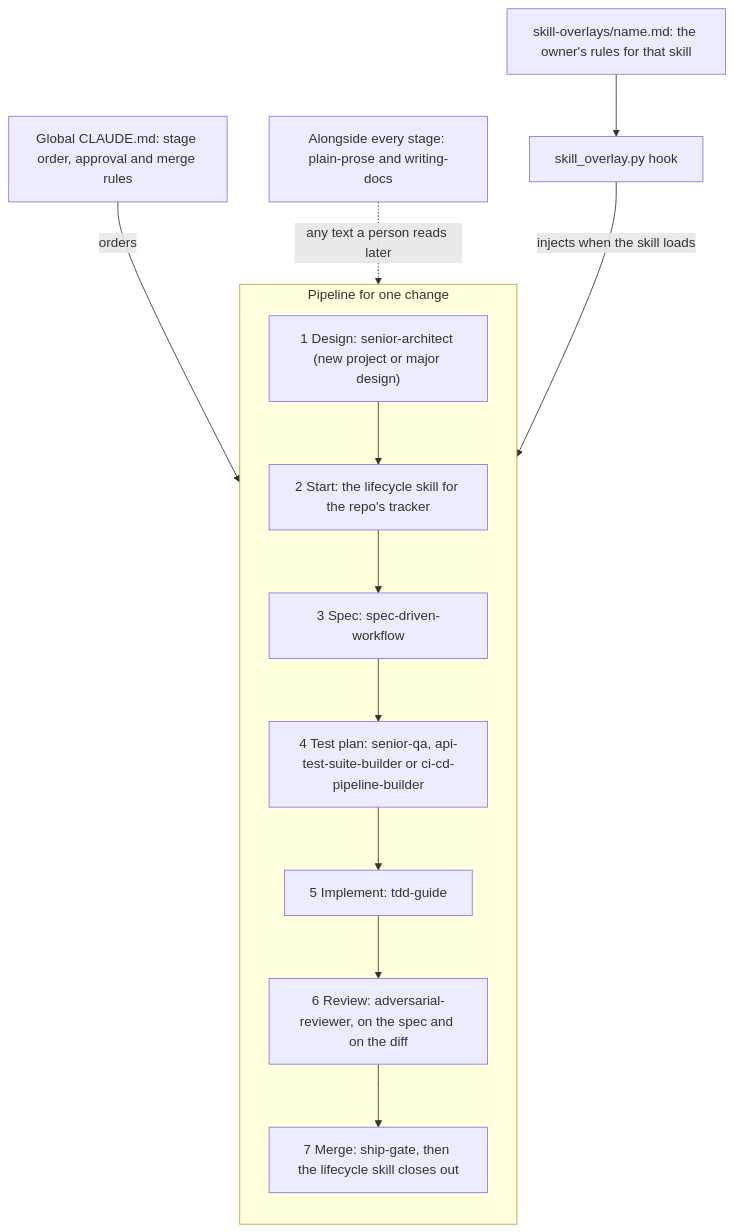
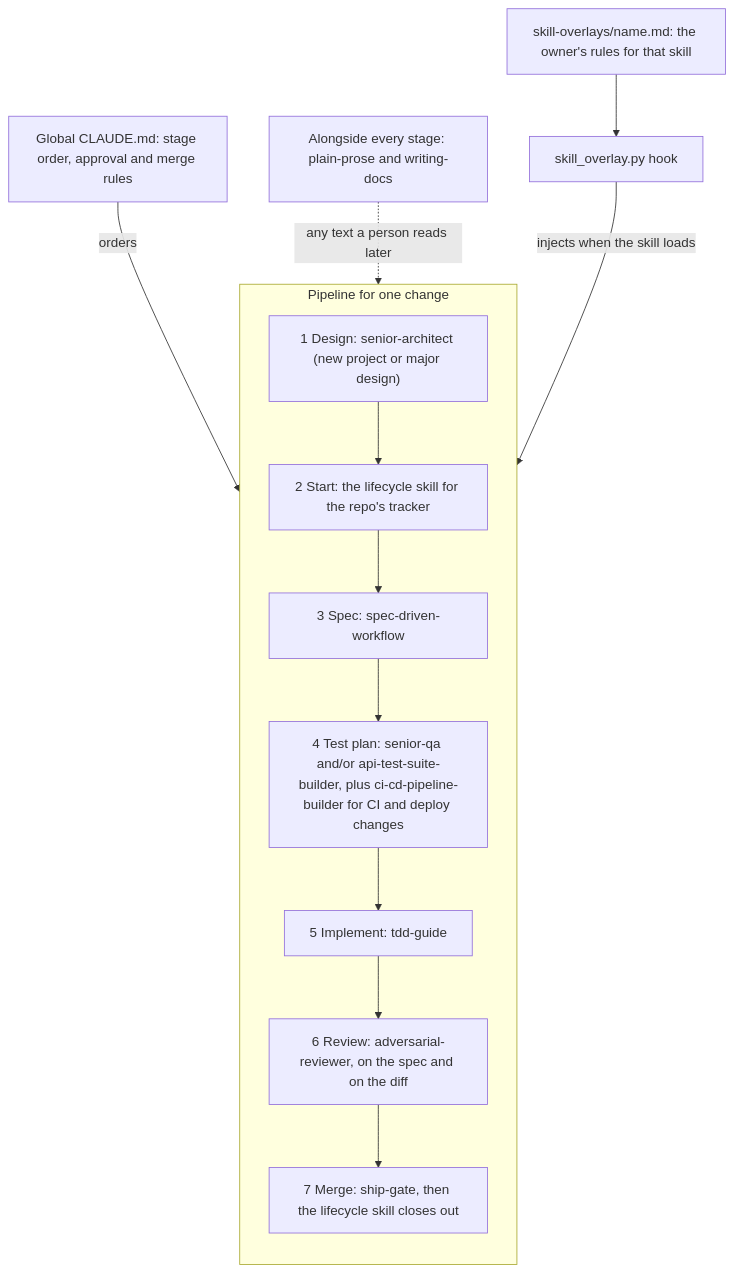
Before and after one commit to Towerism/claude-config: the diagram in docs/architecture/skills.md, drawn with Mermaid. The commit also changed other lines of this file, not shown here.

First line of the commit message:
docs(architecture): correct when stages 1 and 4 apply in skills.md (#81)

````diff
--- a/docs/architecture/skills.md
+++ b/docs/architecture/skills.md
@@ -13,22 +13,22 @@
 ```mermaid
 flowchart TD
   CM["Global CLAUDE.md: stage order, approval and merge rules"]
   subgraph PIPE["Pipeline for one change"]
     direction TB
     S1["1 Design: senior-architect (new project or major design)"]
     S2["2 Start: the lifecycle skill for the repo's tracker"]
     S3["3 Spec: spec-driven-workflow"]
-    S4["4 Test plan: senior-qa, api-test-suite-builder or ci-cd-pipeline-builder"]
+    S4["4 Test plan: senior-qa and/or api-test-suite-builder, plus ci-cd-pipeline-builder for CI and deploy changes"]
     S5["5 Implement: tdd-guide"]
     S6["6 Review: adversarial-reviewer, on the spec and on the diff"]
     S7["7 Merge: ship-gate, then the lifecycle skill closes out"]
     S1 --> S2 --> S3 --> S4 --> S5 --> S6 --> S7
   end
   PROSE["Alongside every stage: plain-prose and writing-docs"]
   HOOK["skill_overlay.py hook"]
   OV["skill-overlays/name.md: the owner's rules for that skill"]
   CM -->|"orders"| PIPE
   PROSE -.->|"any text a person reads later"| PIPE
   OV --> HOOK
   HOOK -->|"injects when the skill loads"| PIPE
 ```
````
